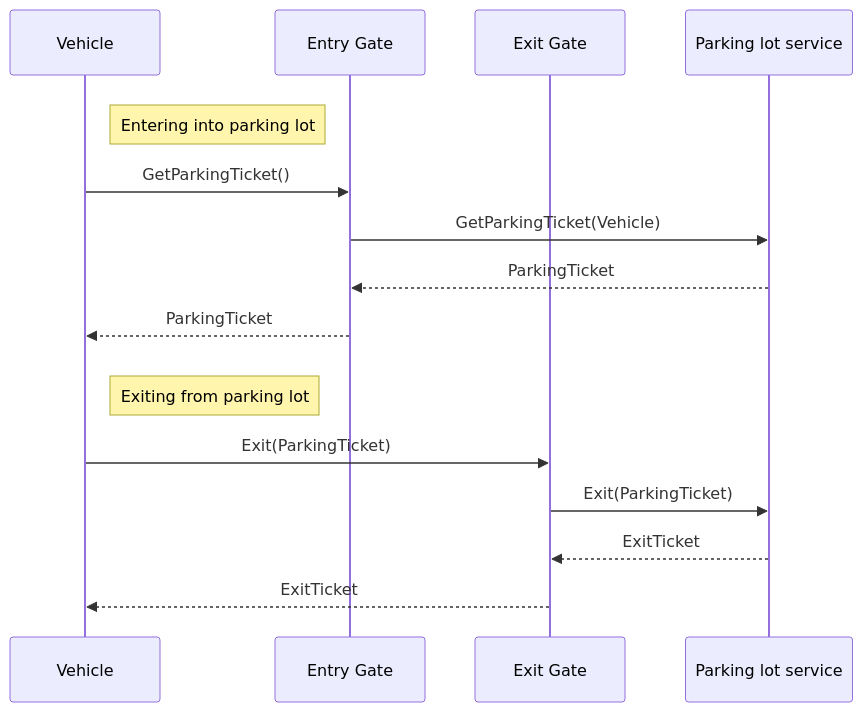
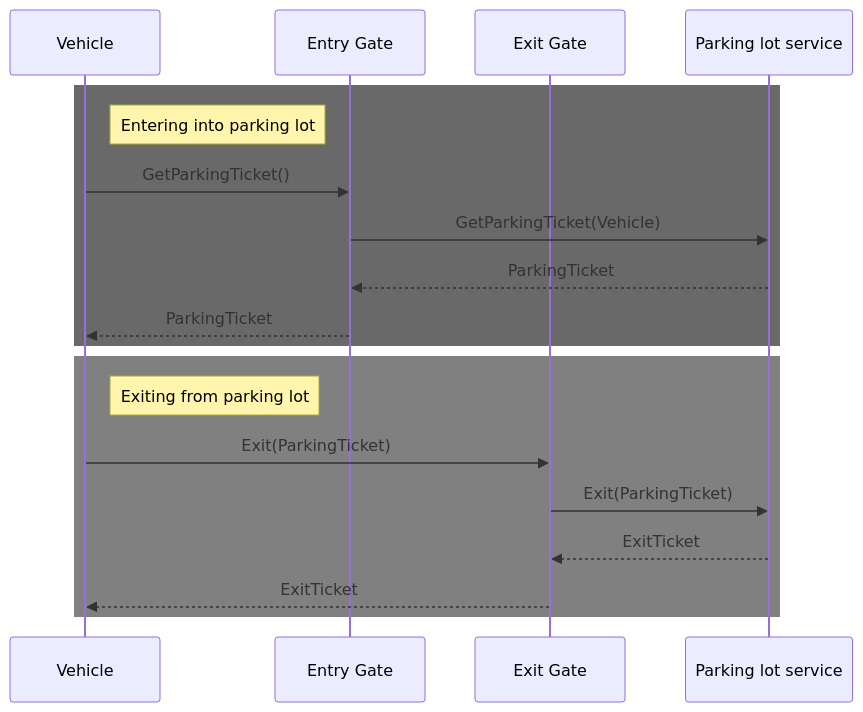
Before and after one commit to ajay05meena/sysdesign: the diagram in parkinglot/README.md, drawn with Mermaid.

Commit message:
Color scheme changed for cfd

````diff
--- a/parkinglot/README.md
+++ b/parkinglot/README.md
@@ -11,22 +11,22 @@
 ```mermaid
 sequenceDiagram
 participant car as Vehicle
 participant entry as Entry Gate
 participant exit as Exit Gate
 participant app as Parking lot service
 
-rect transparent
+rect rgb(105,105,105)
 note right of car : Entering into parking lot
 car ->> entry : GetParkingTicket()
 entry ->> app : GetParkingTicket(Vehicle)
 app -->> entry : ParkingTicket
 entry -->> car : ParkingTicket
 end
-rect transparent
+rect rgb(128,128,128)
 note right of car : Exiting from parking lot
 car ->> exit : Exit(ParkingTicket)
 exit ->> app : Exit(ParkingTicket)
 app -->> exit : ExitTicket
 exit -->> car : ExitTicket
 end
 ```
````
